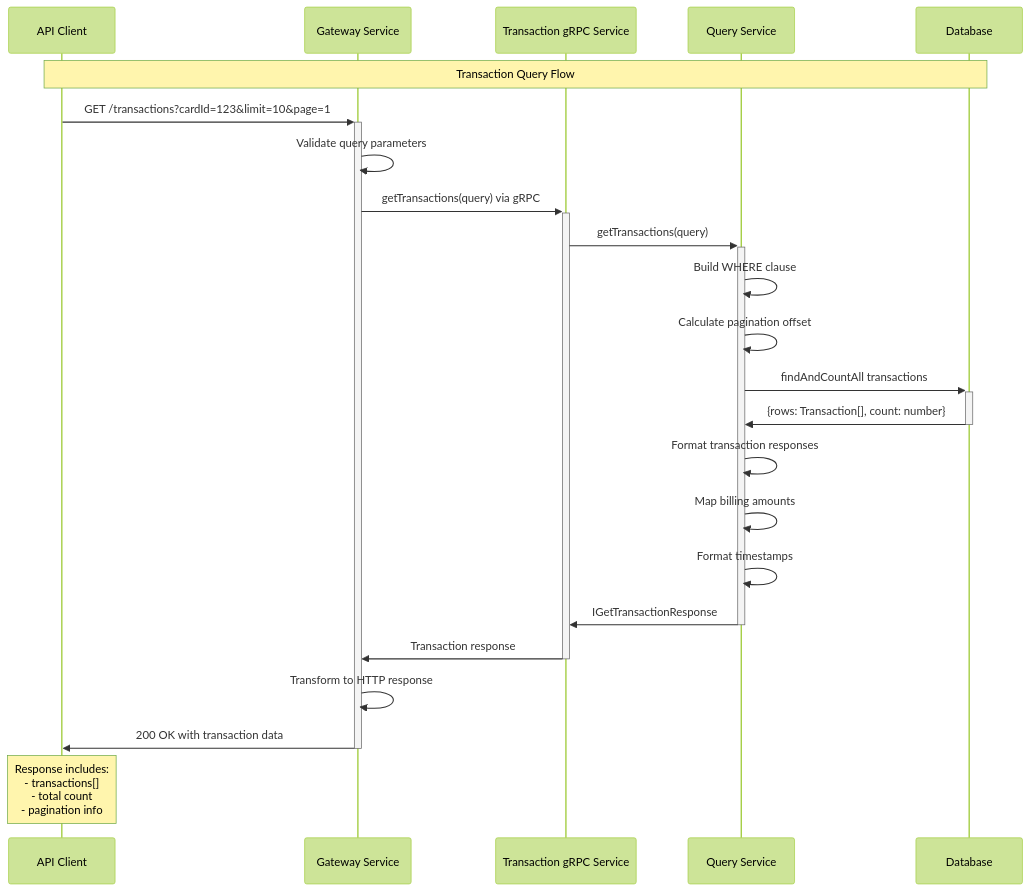
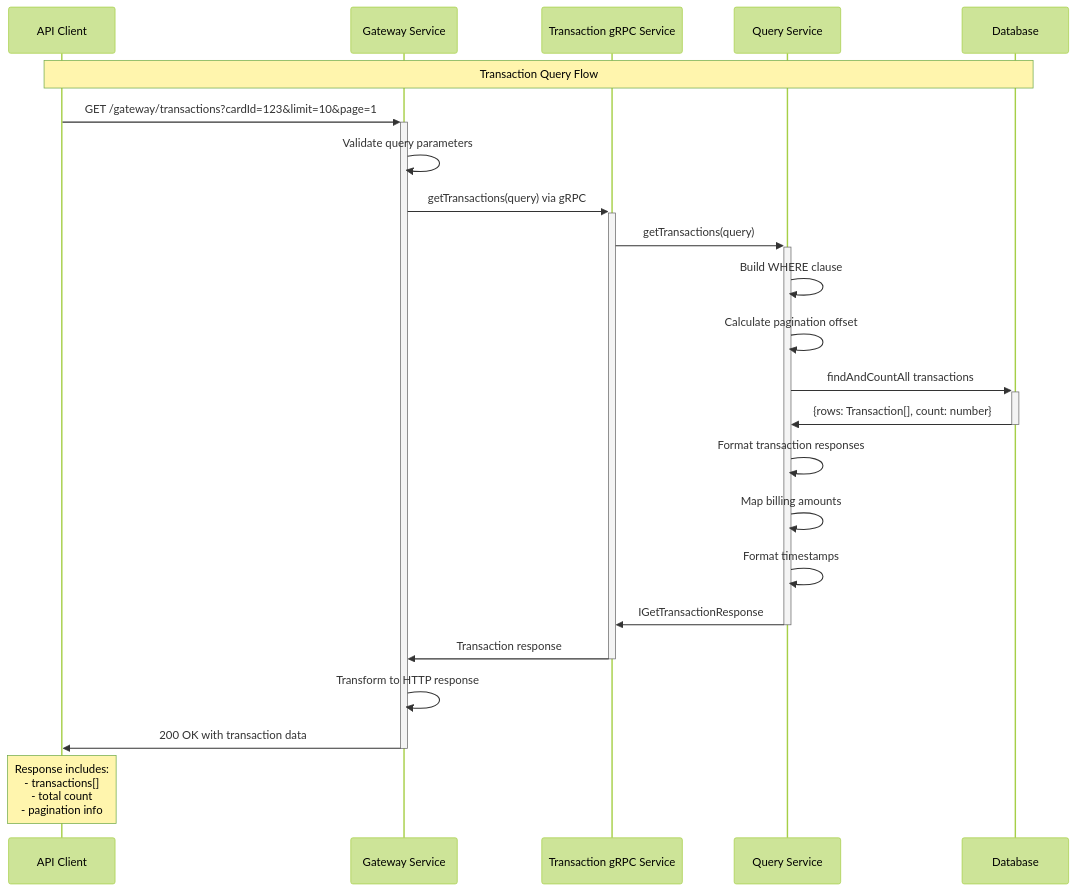
One commit to Abdallah-Zidan/pemo-task changed the third of 9 diagrams in docs/SEQUENCE_DIAGRAMS.md. Above: the diagram before and after it, drawn with Mermaid (forest theme). The commit also changed other lines of this file and 4 other files, not shown here.

````diff
--- a/docs/SEQUENCE_DIAGRAMS.md
+++ b/docs/SEQUENCE_DIAGRAMS.md
@@ -146,34 +146,34 @@
 ```mermaid
 sequenceDiagram
     participant Client as API Client
     participant GW as Gateway Service
     participant TS as Transaction gRPC Service
     participant QS as Query Service
     participant DB as Database
 
     Note over Client,DB: Transaction Query Flow
 
-    Client->>+GW: GET /transactions?cardId=123&limit=10&page=1
+    Client->>+GW: GET /gateway/transactions?cardId=123&limit=10&page=1
     
     GW->>GW: Validate query parameters
     GW->>+TS: getTransactions(query) via gRPC
     
     TS->>+QS: getTransactions(query)
     QS->>QS: Build WHERE clause
     QS->>QS: Calculate pagination offset
     
     QS->>+DB: findAndCountAll transactions
     DB->>-QS: {rows: Transaction[], count: number}
     
     QS->>QS: Format transaction responses
     QS->>QS: Map billing amounts
     QS->>QS: Format timestamps
     
     QS->>-TS: IGetTransactionResponse
     TS->>-GW: Transaction response
     
     GW->>GW: Transform to HTTP response
     GW->>-Client: 200 OK with transaction data
 
     Note over Client: Response includes:<br/>- transactions[]<br/>- total count<br/>- pagination info
 ```
````
